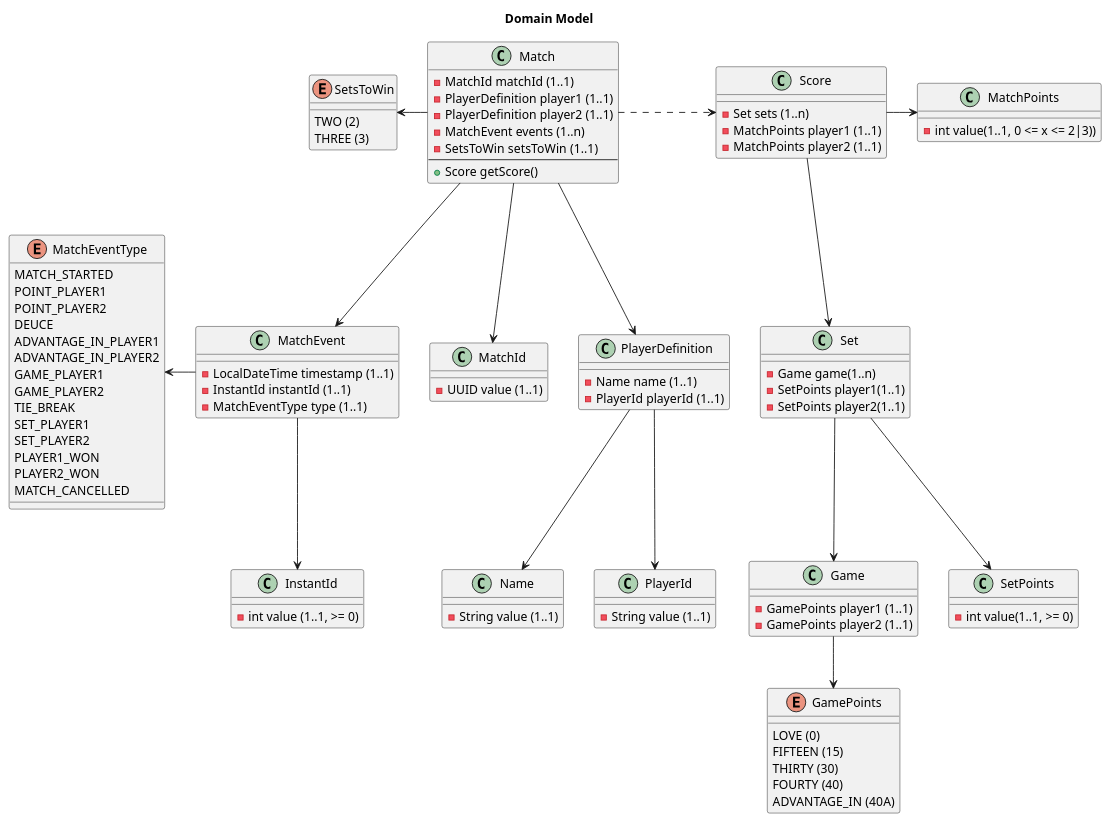
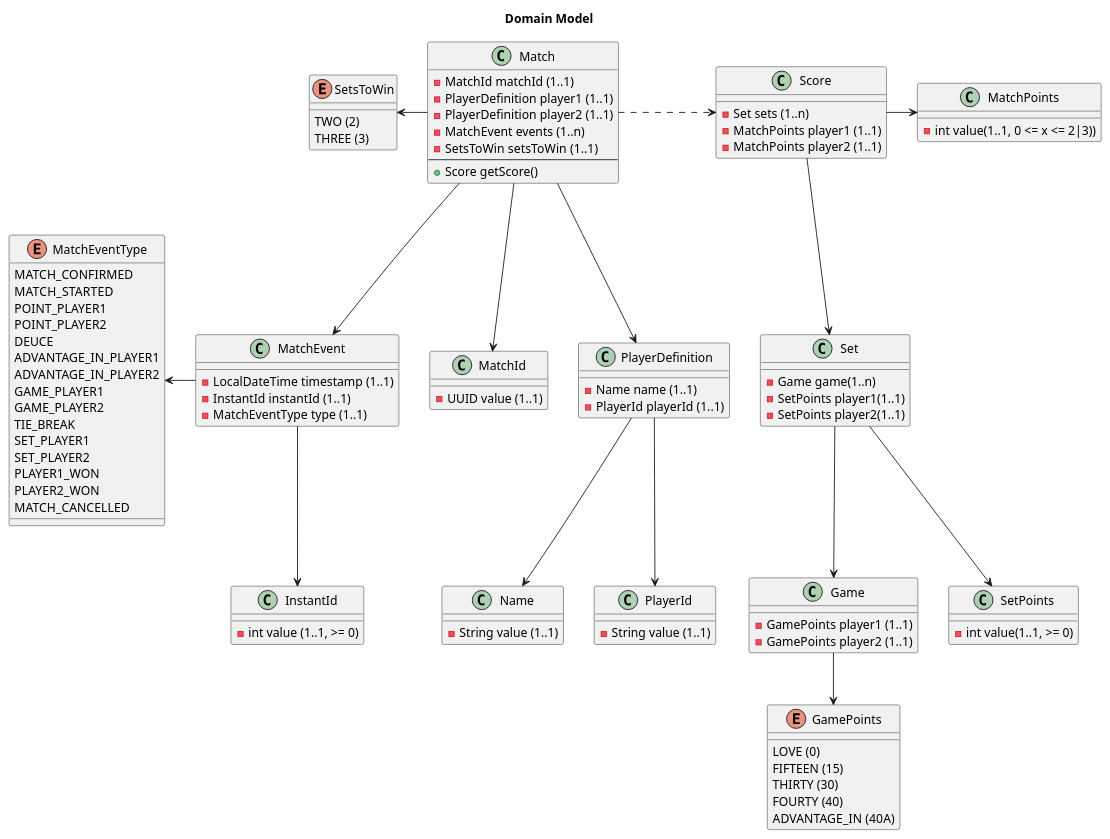
Before and after one commit to TristanoSuriani/Tennis-Kata: the diagram in docs/model.puml, drawn with PlantUML. The commit also changed 11 other files, not shown here.

```diff
--- a/docs/model.puml
+++ b/docs/model.puml
@@ -1,113 +1,114 @@
 @startuml
 
 title Domain Model
 
 class Match {
   -MatchId matchId (1..1)
   -PlayerDefinition player1 (1..1)
   -PlayerDefinition player2 (1..1)
   -MatchEvent events (1..n)
   -SetsToWin setsToWin (1..1)
   --
   +Score getScore()
 }
 
 class MatchId {
     -UUID value (1..1)
 }
 
 enum SetsToWin {
     TWO (2)
     THREE (3)
 }
 
 class MatchEvent {
     -LocalDateTime timestamp (1..1)
     -InstantId instantId (1..1)
     -MatchEventType type (1..1)
 }
 
 enum MatchEventType {
+    MATCH_CONFIRMED
     MATCH_STARTED
     POINT_PLAYER1
     POINT_PLAYER2
     DEUCE
     ADVANTAGE_IN_PLAYER1
     ADVANTAGE_IN_PLAYER2
     GAME_PLAYER1
     GAME_PLAYER2
     TIE_BREAK
     SET_PLAYER1
     SET_PLAYER2
     PLAYER1_WON
     PLAYER2_WON
     MATCH_CANCELLED
 }
 
 class Score {
     -Set sets (1..n)
     -MatchPoints player1 (1..1)
     -MatchPoints player2 (1..1)
 }
 
 class MatchPoints {
     -int value(1..1, 0 <= x <= 2|3))
 }
 
 class Game {
     -GamePoints player1 (1..1)
     -GamePoints player2 (1..1)
 }
 
 enum GamePoints {
     LOVE (0)
     FIFTEEN (15)
     THIRTY (30)
     FOURTY (40)
     ADVANTAGE_IN (40A)
 }
 
 class Set {
     -Game game(1..n)
     -SetPoints player1(1..1)
     -SetPoints player2(1..1)
 }
 
 class SetPoints {
     -int value(1..1, >= 0)
 }
 
 class PlayerDefinition {
     -Name name (1..1)
     -PlayerId playerId (1..1)
 }
 
 class Name {
     -String value (1..1)
 }
 
 class PlayerId {
     -String value (1..1)
 }
 
 class InstantId {
     -int value (1..1, >= 0)
 }
 
 Match -down-> MatchId
 Match -down-> MatchEvent
 Match -left-> SetsToWin
 MatchEvent -left-> MatchEventType
 MatchEvent -down-> InstantId
 
 Match .right-> Score
 Score -down-> Set
 Score -right-> MatchPoints
 Set -down-> Game
 Set -down-> SetPoints
 Game -down-> GamePoints
 
 Match -down-> PlayerDefinition
 PlayerDefinition -down-> Name
 PlayerDefinition -down-> PlayerId
 @enduml
```
